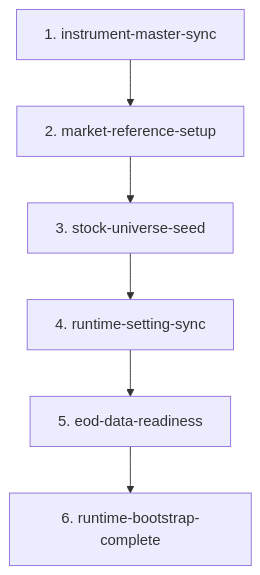
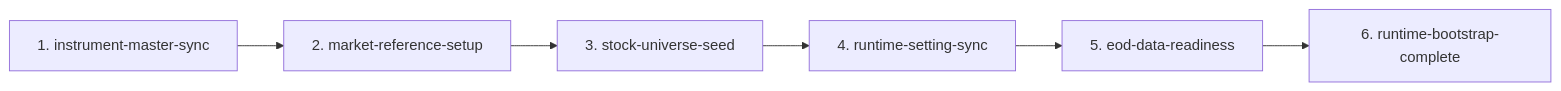
One commit to Nanivenky03/market-scanner changed the second of 4 diagrams in project_workflow.md. Above: the diagram before and after it, drawn with Mermaid. The commit also changed other lines of this file and 43 other files, not shown here.

````diff
--- a/project_workflow.md
+++ b/project_workflow.md
@@ -75,8 +71,8 @@
 ```mermaid
-flowchart TD
+flowchart LR
     A["1. instrument-master-sync"] --> B["2. market-reference-setup"]
     B --> C["3. stock-universe-seed"]
     C --> D["4. runtime-setting-sync"]
     D --> E["5. eod-data-readiness"]
     E --> F["6. runtime-bootstrap-complete"]
 ```
````
